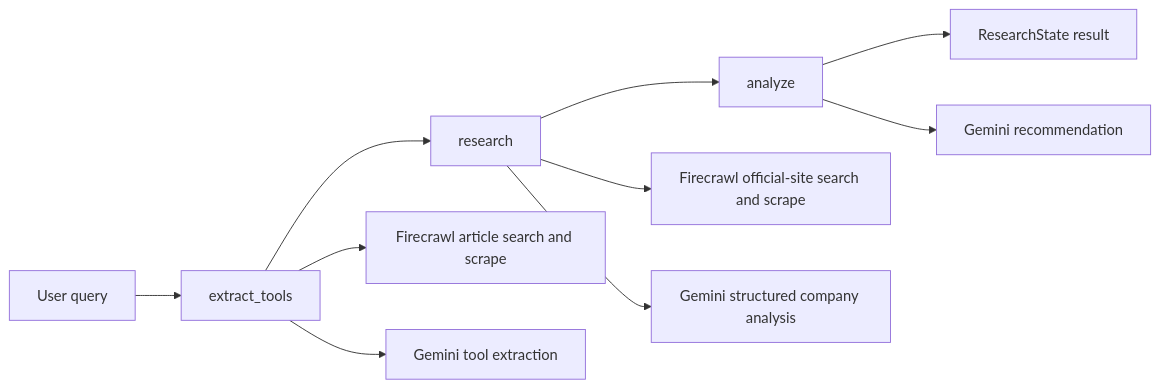
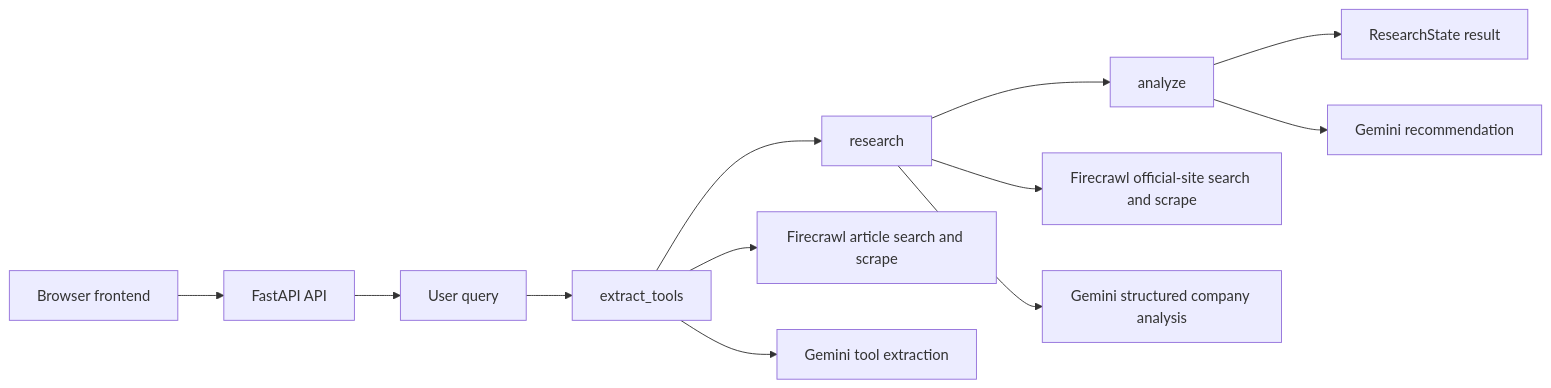
The diagram in README.md (talel90/coding_research_assistant), drawn with Mermaid before and after one commit. The commit also changed other lines of this file, not shown here.

First line of the commit message:
update README for FastAPI frontend

````diff
--- a/README.md
+++ b/README.md
@@ -37,13 +39,15 @@
 ```mermaid
 flowchart LR
-    A[User query] --> B[extract_tools]
-    B --> C[research]
-    C --> D[analyze]
-    D --> E[ResearchState result]
+   A[Browser frontend] --> B[FastAPI API]
+   B --> C[User query]
+   C --> D[extract_tools]
+   D --> E[research]
+   E --> F[analyze]
+   F --> G[ResearchState result]
 
-    B --> F[Firecrawl article search and scrape]
-    C --> G[Firecrawl official-site search and scrape]
-    B --> H[Gemini tool extraction]
-    C --> I[Gemini structured company analysis]
-    D --> J[Gemini recommendation]
+   D --> H[Firecrawl article search and scrape]
+   E --> I[Firecrawl official-site search and scrape]
+   D --> J[Gemini tool extraction]
+   E --> K[Gemini structured company analysis]
+   F --> L[Gemini recommendation]
 ```
````
